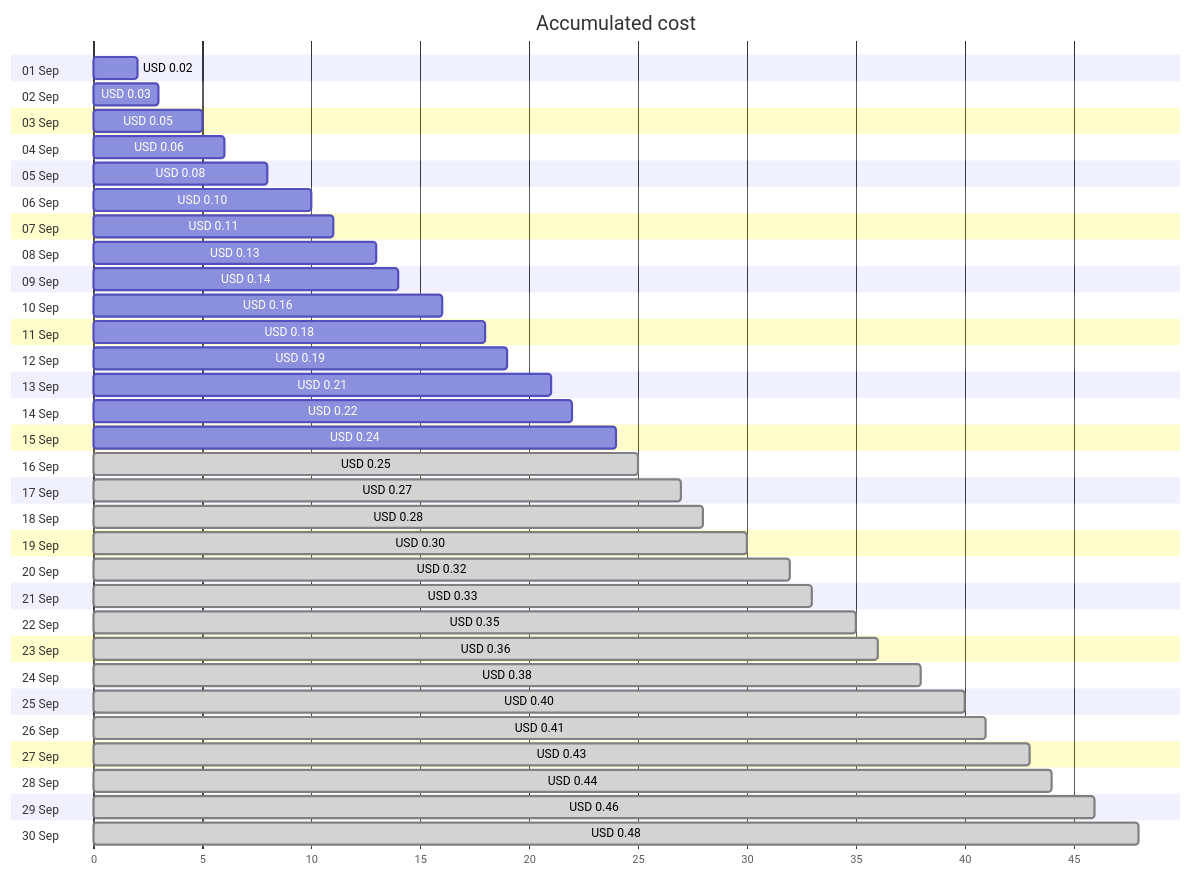
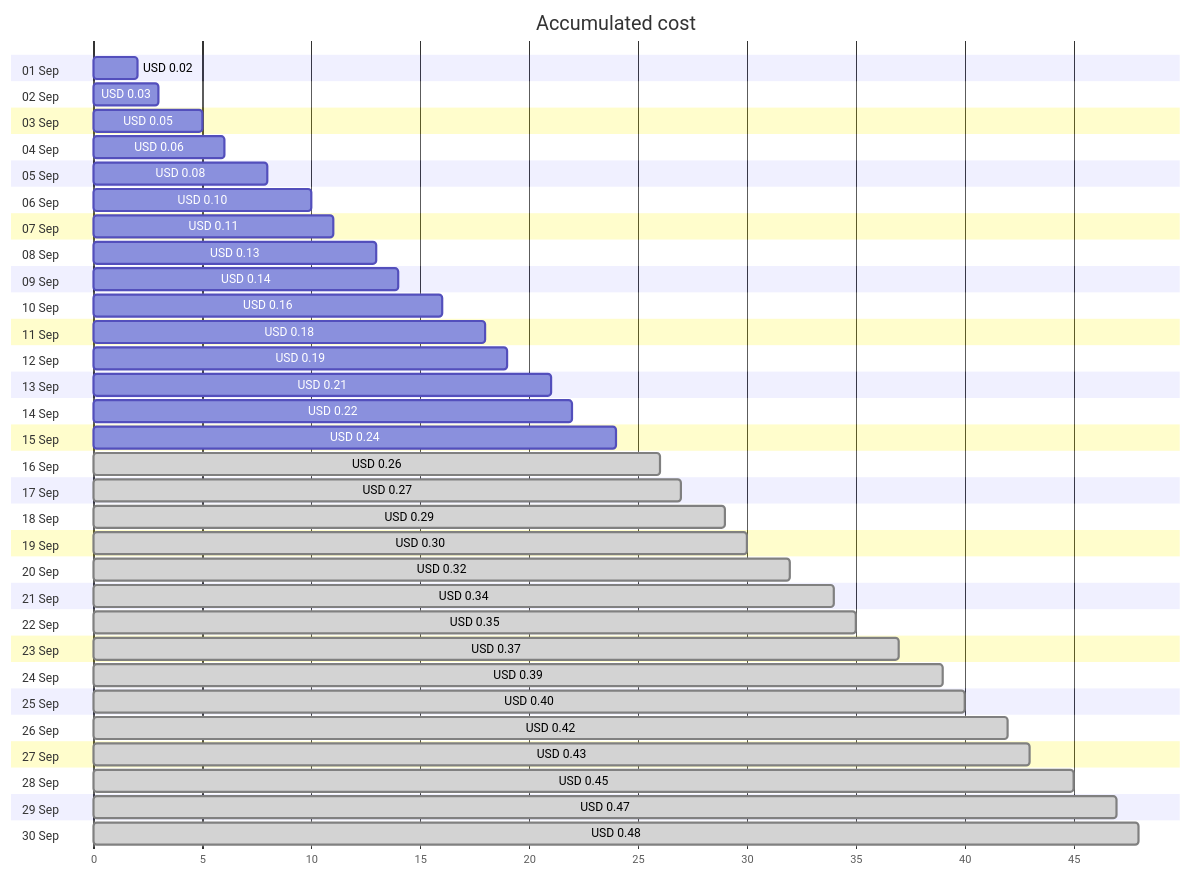
The first of 4 diagrams in cost-reports/personal-network/private.jpatrickfulton.com.md (jpfulton/azure-personal-reports), drawn with Mermaid before and after one commit. The commit also changed other lines of this file and 17 other files, not shown here.

````diff
--- a/cost-reports/personal-network/private.jpatrickfulton.com.md
+++ b/cost-reports/personal-network/private.jpatrickfulton.com.md
@@ -20,66 +20,66 @@
 ```mermaid
 gantt
    title Accumulated cost
    dateFormat  X
    axisFormat %s
    section 01 Sep
    USD 0.02 :0, 2
    section 02 Sep
    USD 0.03 :0, 3
    section 03 Sep
    USD 0.05 :0, 5
    section 04 Sep
    USD 0.06 :0, 6
    section 05 Sep
    USD 0.08 :0, 8
    section 06 Sep
    USD 0.10 :0, 10
    section 07 Sep
    USD 0.11 :0, 11
    section 08 Sep
    USD 0.13 :0, 13
    section 09 Sep
    USD 0.14 :0, 14
    section 10 Sep
    USD 0.16 :0, 16
    section 11 Sep
    USD 0.18 :0, 18
    section 12 Sep
    USD 0.19 :0, 19
    section 13 Sep
    USD 0.21 :0, 21
    section 14 Sep
    USD 0.22 :0, 22
    section 15 Sep
    USD 0.24 :0, 24
    section 16 Sep
-   USD 0.25 : done, 0, 25
+   USD 0.26 : done, 0, 26
    section 17 Sep
    USD 0.27 : done, 0, 27
    section 18 Sep
-   USD 0.28 : done, 0, 28
+   USD 0.29 : done, 0, 29
    section 19 Sep
    USD 0.30 : done, 0, 30
    section 20 Sep
    USD 0.32 : done, 0, 32
    section 21 Sep
-   USD 0.33 : done, 0, 33
+   USD 0.34 : done, 0, 34
    section 22 Sep
    USD 0.35 : done, 0, 35
    section 23 Sep
-   USD 0.36 : done, 0, 36
+   USD 0.37 : done, 0, 37
    section 24 Sep
-   USD 0.38 : done, 0, 38
+   USD 0.39 : done, 0, 39
    section 25 Sep
    USD 0.40 : done, 0, 40
    section 26 Sep
-   USD 0.41 : done, 0, 41
+   USD 0.42 : done, 0, 42
    section 27 Sep
    USD 0.43 : done, 0, 43
    section 28 Sep
-   USD 0.44 : done, 0, 44
+   USD 0.45 : done, 0, 45
    section 29 Sep
-   USD 0.46 : done, 0, 46
+   USD 0.47 : done, 0, 47
    section 30 Sep
    USD 0.48 : done, 0, 48
 ```
````
